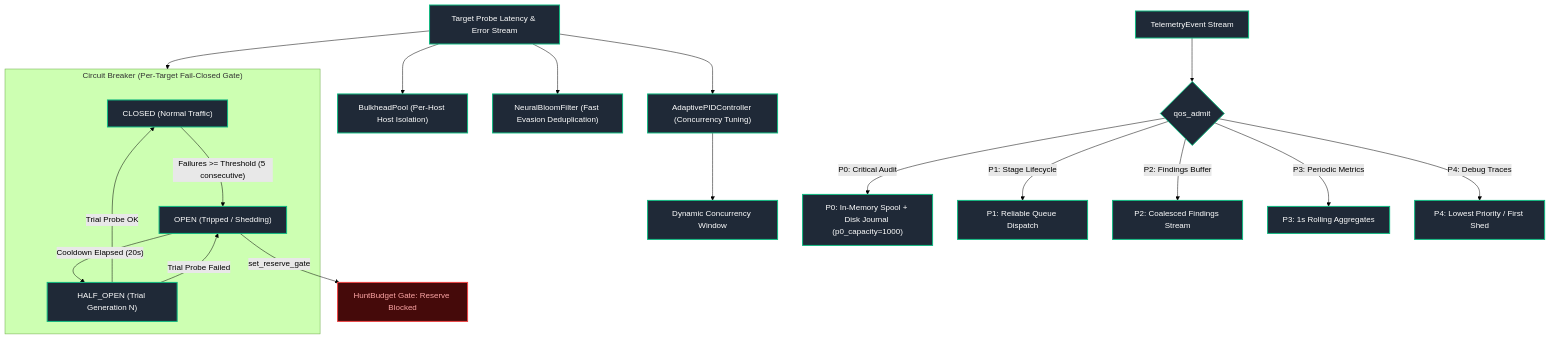
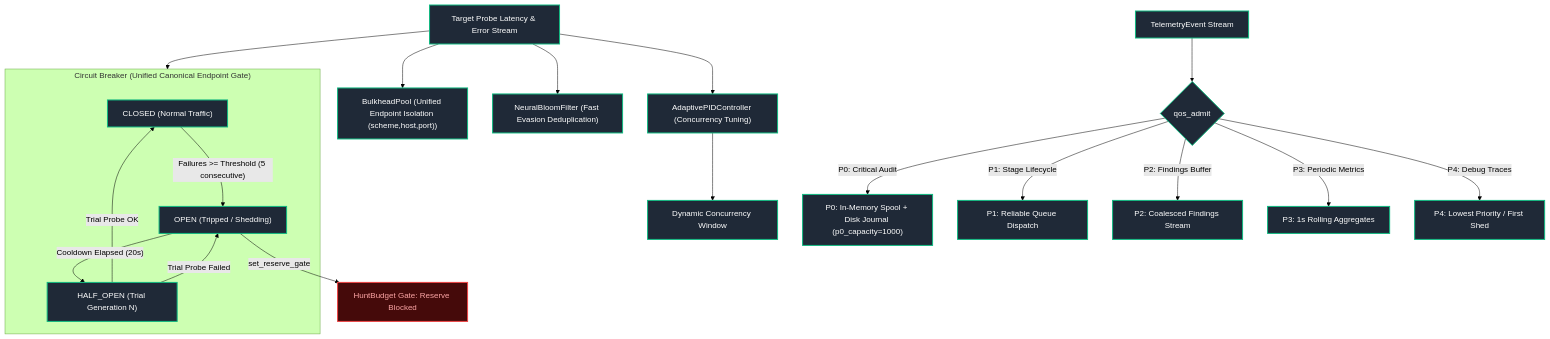
The ninth of 16 diagrams in docs/flowchart.md (AviralGup7/Singularity-Zero), drawn with Mermaid (forest theme) before and after one commit. The commit also changed 2 other files, not shown here.

Commit message:
feat(resilience): unify isolation key across BulkheadPool and CircuitBreakers to canonical endpoint tuples

````diff
--- a/docs/flowchart.md
+++ b/docs/flowchart.md
@@ -654,28 +654,28 @@
 ```mermaid
 flowchart TD
     classDef impl fill:#1f2937,stroke:#10b981,stroke-width:2px,color:#fff;
     classDef singleNode fill:#1e293b,stroke:#0ea5e9,stroke-width:1px,stroke-dasharray:3 3,color:#fff;
     classDef library fill:#334155,stroke:#64748b,stroke-width:1px,color:#fff;
     classDef specOnly fill:#1e1b4b,stroke:#818cf8,stroke-width:1px,stroke-dasharray:4 4,color:#fff;
     classDef vacuous fill:#27272a,stroke:#71717a,stroke-width:1px,color:#a1a1aa;
     classDef forbidden fill:#450a0a,stroke:#ef4444,stroke-width:2px,color:#fca5a5;
 
     Load["Target Probe Latency & Error Stream"]:::impl --> PID["AdaptivePIDController (Concurrency Tuning)"]:::impl
     PID --> Conc["Dynamic Concurrency Window"]:::impl
-    Load --> Bulk["BulkheadPool (Per-Host Host Isolation)"]:::impl
+    Load --> Bulk["BulkheadPool (Unified Endpoint Isolation (scheme,host,port))"]:::impl
     Load --> Bloom["NeuralBloomFilter (Fast Evasion Deduplication)"]:::impl
     Load --> CB
-    subgraph CB["Circuit Breaker (Per-Target Fail-Closed Gate)"]
+    subgraph CB["Circuit Breaker (Unified Canonical Endpoint Gate)"]
         CLOSED["CLOSED (Normal Traffic)"]:::impl -->|"Failures >= Threshold (5 consecutive)"| OPEN["OPEN (Tripped / Shedding)"]:::impl
         OPEN -->|"Cooldown Elapsed (20s)"| HALF_OPEN["HALF_OPEN (Trial Generation N)"]:::impl
         HALF_OPEN -->|"Trial Probe OK"| CLOSED
         HALF_OPEN -->|"Trial Probe Failed"| OPEN
     end
     OPEN -->|"set_reserve_gate"| NoTicket["HuntBudget Gate: Reserve Blocked"]:::forbidden
     Evt["TelemetryEvent Stream"]:::impl --> Q{"qos_admit"}:::impl
     Q -->|P0: Critical Audit| P0["P0: In-Memory Spool + Disk Journal (p0_capacity=1000)"]:::impl
     Q -->|P1: Stage Lifecycle| P1["P1: Reliable Queue Dispatch"]:::impl
     Q -->|P2: Findings Buffer| P2["P2: Coalesced Findings Stream"]:::impl
     Q -->|P3: Periodic Metrics| P3["P3: 1s Rolling Aggregates"]:::impl
     Q -->|P4: Debug Traces| P4["P4: Lowest Priority / First Shed"]:::impl
 ```
````
